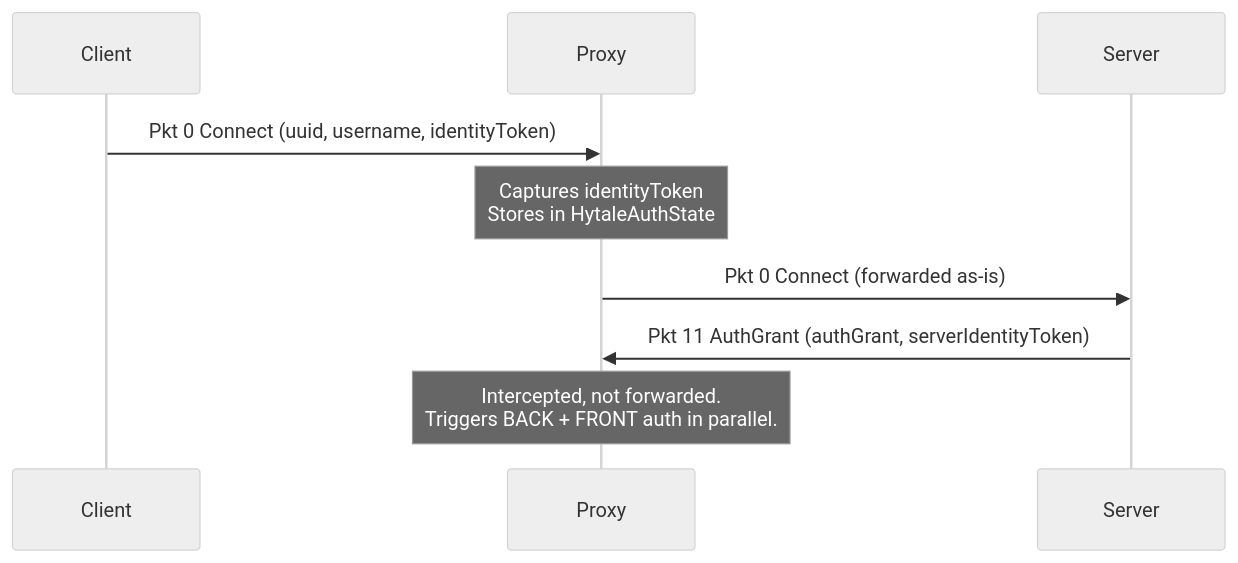
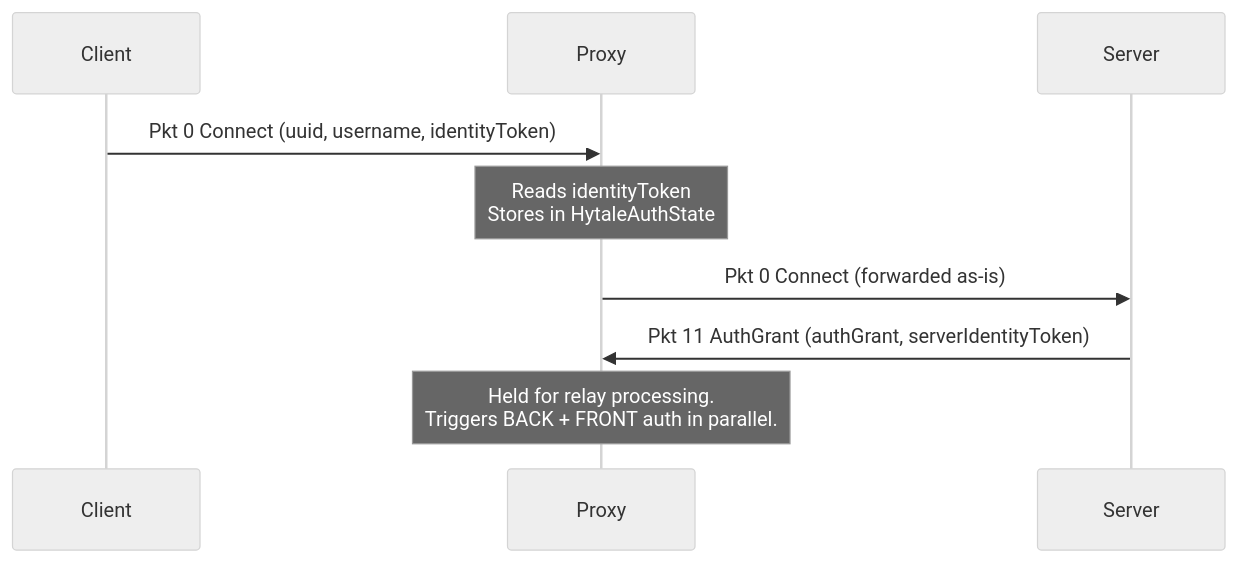
The second of 3 diagrams in docs/architecture.md (hyspy-dev/meridian-proxy), drawn with Mermaid (neutral theme) before and after one commit. The commit also changed other lines of this file and 10 other files, not shown here.

````diff
--- a/docs/architecture.md
+++ b/docs/architecture.md
@@ -90,12 +90,12 @@
 ```mermaid
 sequenceDiagram
     participant C as Client
     participant P as Proxy
     participant S as Server
 
     C->>P: Pkt 0 Connect (uuid, username, identityToken)
-    Note over P: Captures identityToken<br/>Stores in HytaleAuthState
+    Note over P: Reads identityToken<br/>Stores in HytaleAuthState
     P->>S: Pkt 0 Connect (forwarded as-is)
     S->>P: Pkt 11 AuthGrant (authGrant, serverIdentityToken)
-    Note over P: Intercepted, not forwarded.<br/>Triggers BACK + FRONT auth in parallel.
+    Note over P: Held for relay processing.<br/>Triggers BACK + FRONT auth in parallel.
 ```
````
